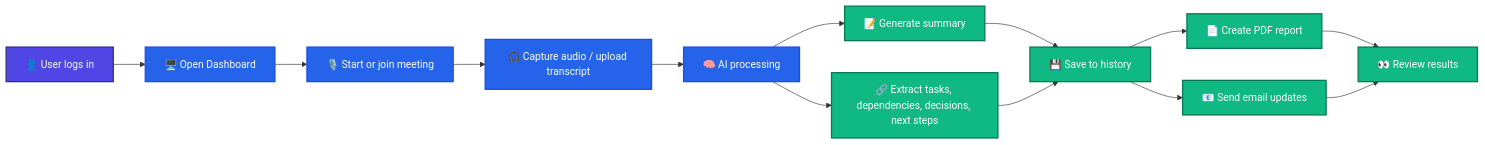
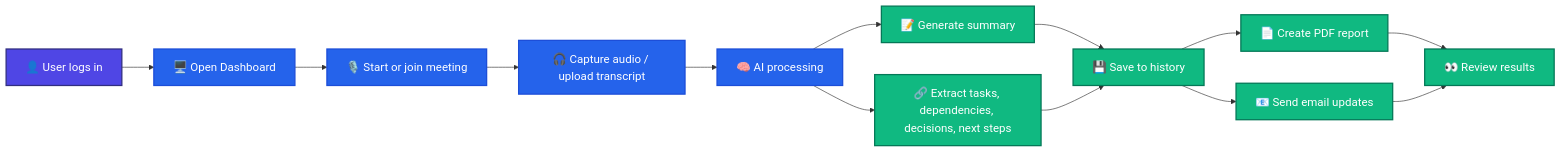
The first of 2 diagrams in README.md (santhoshkumarMS05/ai_meeting_project), drawn with Mermaid before and after one commit. The commit also changed other lines of this file, not shown here.

````diff
--- a/README.md
+++ b/README.md
@@ -43,24 +43,25 @@
 ```mermaid
+%%{init: {"themeVariables": {"fontSize": "18px", "nodeBorderRadius": "12", "primaryColor": "#2563EB", "secondaryColor": "#10B981", "tertiaryColor": "#F59E0B"}}}%%
 flowchart LR
     A["👤 User logs in"] --> B["🖥️ Open Dashboard"]
     B --> C["🎙️ Start or join meeting"]
     C --> D["🎧 Capture audio / upload transcript"]
     D --> E["🧠 AI processing"]
     E --> F["📝 Generate summary"]
     E --> G["🔗 Extract tasks, dependencies, decisions, next steps"]
     F --> H["💾 Save to history"]
     G --> H
     H --> I["📄 Create PDF report"]
     H --> J["📧 Send email updates"]
     I --> K["👀 Review results"]
     J --> K
 
-    classDef start fill:#4F46E5,stroke:#312E81,color:#fff,stroke-width:2px;
-    classDef process fill:#2563EB,stroke:#1D4ED8,color:#fff,stroke-width:2px;
-    classDef output fill:#10B981,stroke:#047857,color:#fff,stroke-width:2px;
-    classDef action fill:#F59E0B,stroke:#B45309,color:#fff,stroke-width:2px;
+    classDef start fill:#4F46E5,stroke:#312E81,color:#fff,stroke-width:2px,font-size:18px;
+    classDef process fill:#2563EB,stroke:#1D4ED8,color:#fff,stroke-width:2px,font-size:18px;
+    classDef output fill:#10B981,stroke:#047857,color:#fff,stroke-width:2px,font-size:18px;
+    classDef action fill:#F59E0B,stroke:#B45309,color:#fff,stroke-width:2px,font-size:18px;
 
     class A start;
     class B,C,D,E process;
     class F,G,H,I,J,K output;
 ```
````
